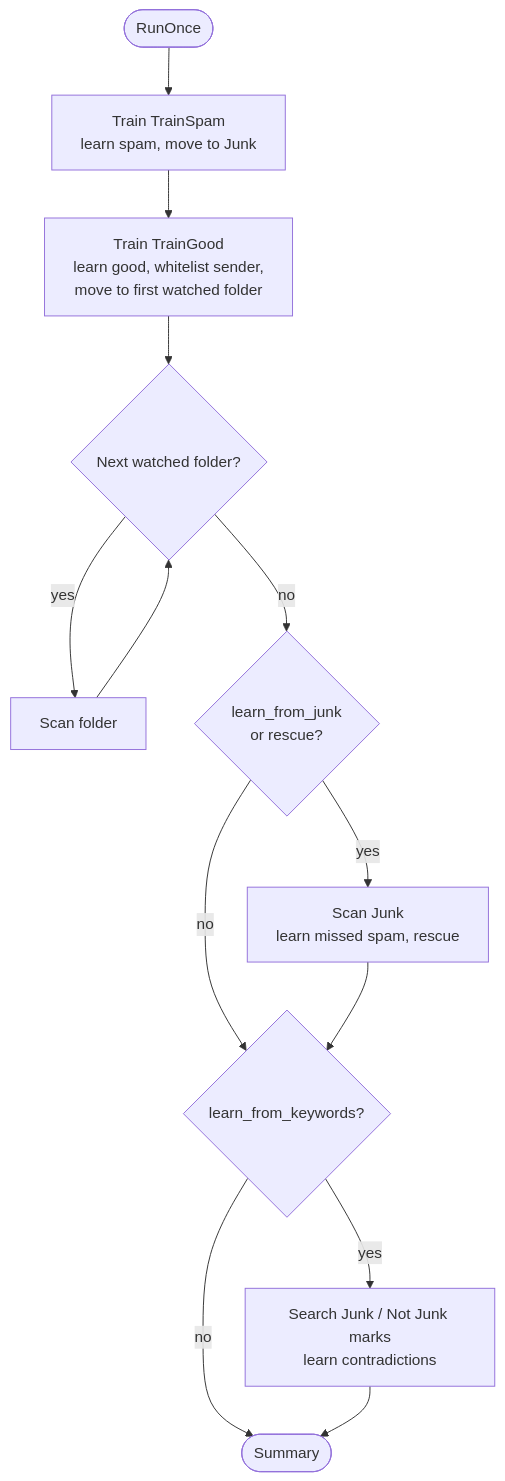
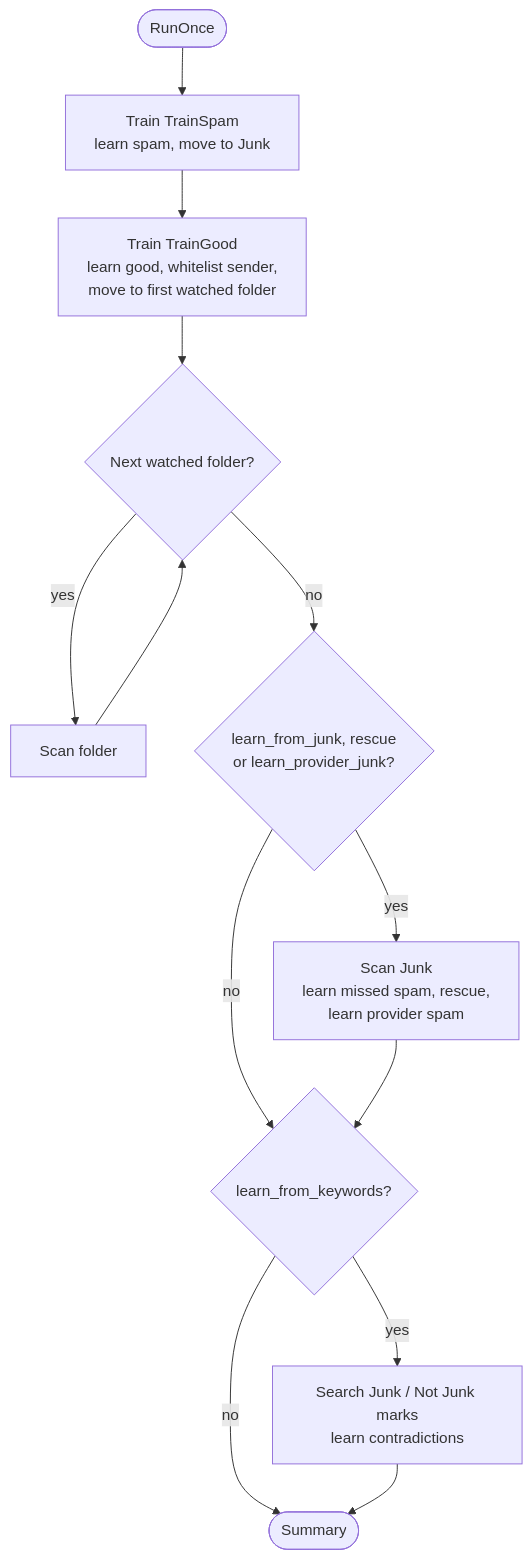
The second of 10 diagrams in docs/engine.md (hugoh/tamis), drawn with Mermaid before and after one commit. The commit also changed other lines of this file and 7 other files, not shown here.

Commit message:
feat(engine): learn provider-filed Junk below spam_threshold as spam

````diff
--- a/docs/engine.md
+++ b/docs/engine.md
@@ -46,15 +46,15 @@
 ```mermaid
 flowchart TD
     start([RunOnce]) --> trainSpam[Train TrainSpam<br/>learn spam, move to Junk]
     trainSpam --> trainGood[Train TrainGood<br/>learn good, whitelist sender,<br/>move to first watched folder]
     trainGood --> watch{Next watched folder?}
     watch -- yes --> scan[Scan folder]
     scan --> watch
-    watch -- no --> learn{learn_from_junk<br/>or rescue?}
-    learn -- yes --> junk[Scan Junk<br/>learn missed spam, rescue]
+    watch -- no --> learn{learn_from_junk, rescue<br/>or learn_provider_junk?}
+    learn -- yes --> junk[Scan Junk<br/>learn missed spam, rescue,<br/>learn provider spam]
     learn -- no --> marks{learn_from_keywords?}
     junk --> marks
     marks -- yes --> keywords[Search Junk / Not Junk marks<br/>learn contradictions]
     marks -- no --> done([Summary])
     keywords --> done
 ```
````
